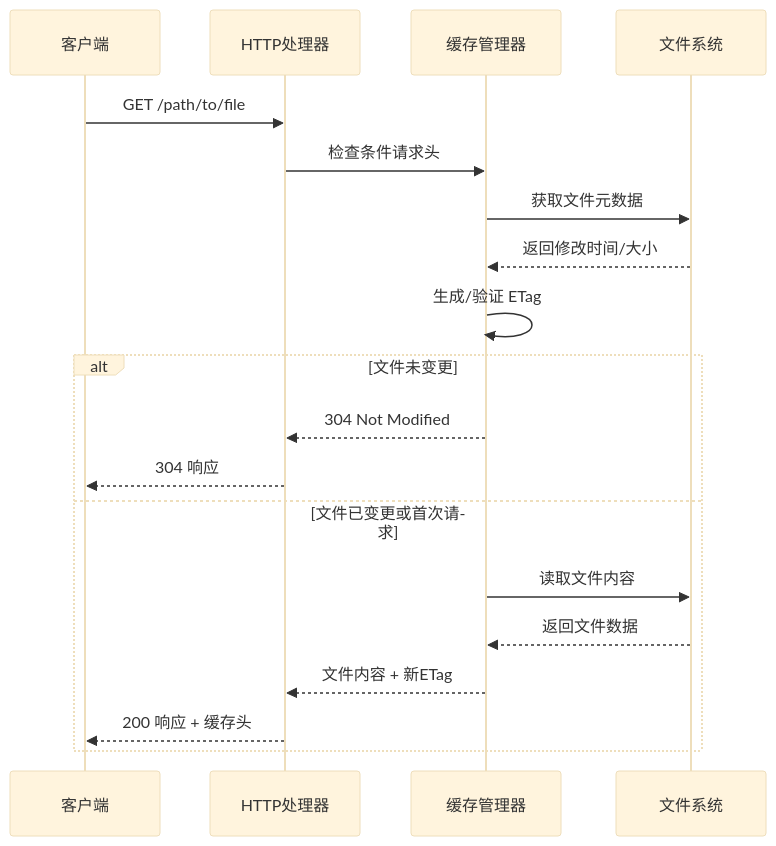
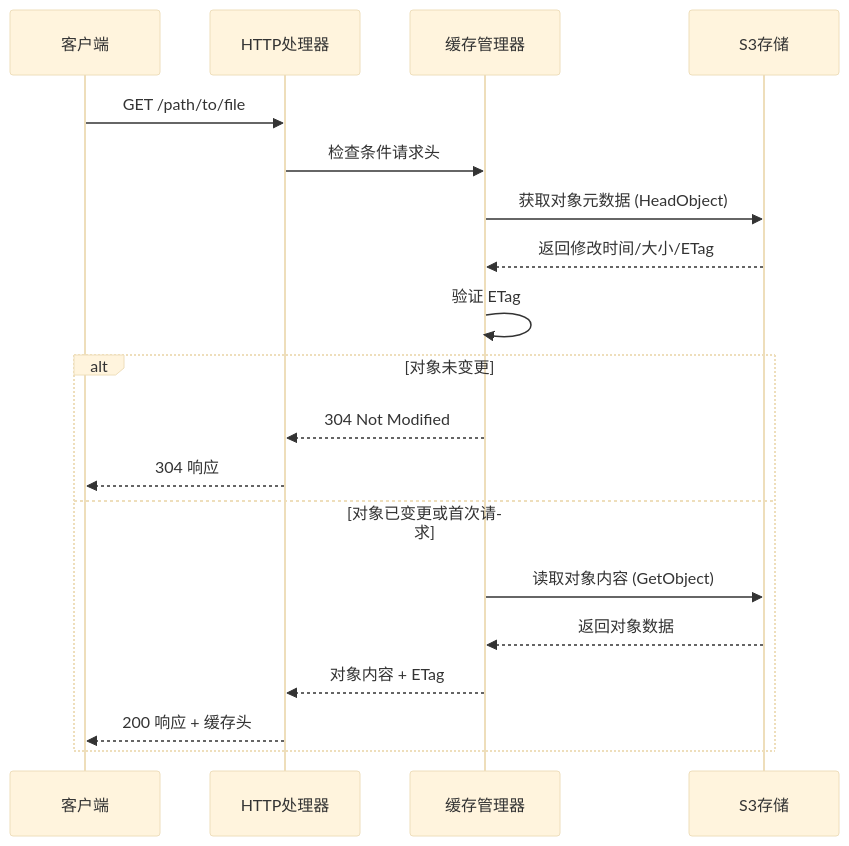
The second of 2 diagrams in .kiro/specs/s3-compatible-static-file-service/design.md (xiaolutech/s3-static), drawn with Mermaid (base theme) before and after one commit. The commit also changed other lines of this file and 3 other files, not shown here.

````diff
--- a/.kiro/specs/s3-compatible-static-file-service/design.md
+++ b/.kiro/specs/s3-compatible-static-file-service/design.md
@@ -37,23 +37,23 @@
 ```mermaid
 sequenceDiagram
     participant C as 客户端
     participant H as HTTP处理器
     participant CM as 缓存管理器
-    participant FS as 文件系统
+    participant S3 as S3存储
     
     C->>H: GET /path/to/file
     H->>CM: 检查条件请求头
-    CM->>FS: 获取文件元数据
-    FS-->>CM: 返回修改时间/大小
-    CM->>CM: 生成/验证 ETag
+    CM->>S3: 获取对象元数据 (HeadObject)
+    S3-->>CM: 返回修改时间/大小/ETag
+    CM->>CM: 验证 ETag
     
-    alt 文件未变更
+    alt 对象未变更
         CM-->>H: 304 Not Modified
         H-->>C: 304 响应
-    else 文件已变更或首次请求
-        CM->>FS: 读取文件内容
-        FS-->>CM: 返回文件数据
-        CM-->>H: 文件内容 + 新ETag
+    else 对象已变更或首次请求
+        CM->>S3: 读取对象内容 (GetObject)
+        S3-->>CM: 返回对象数据
+        CM-->>H: 对象内容 + ETag
         H-->>C: 200 响应 + 缓存头
     end
 ```
````
